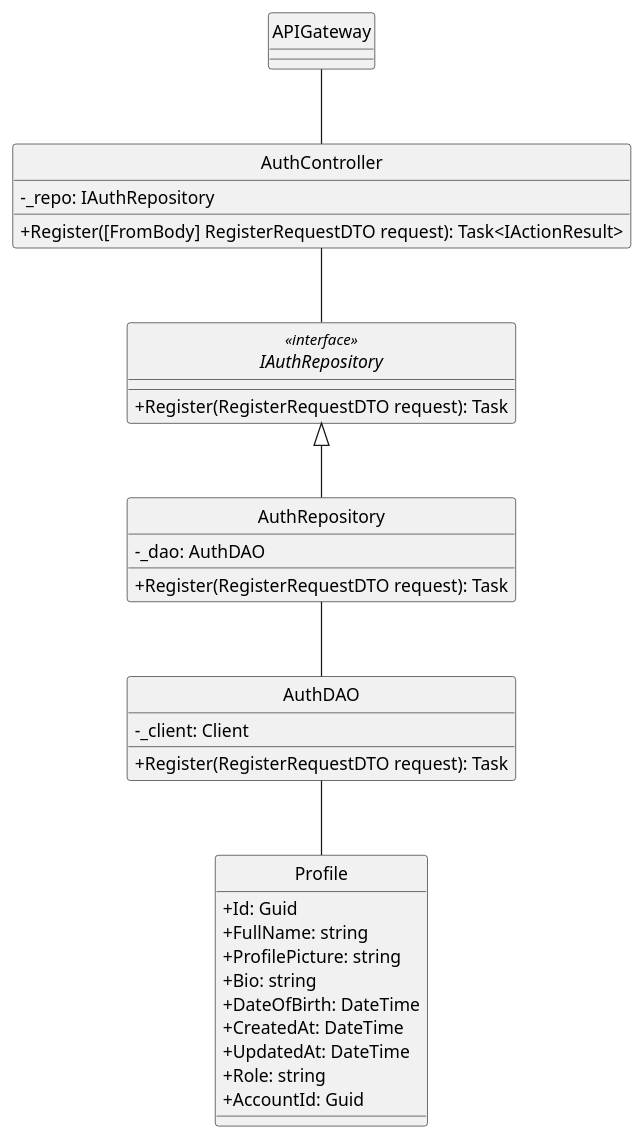
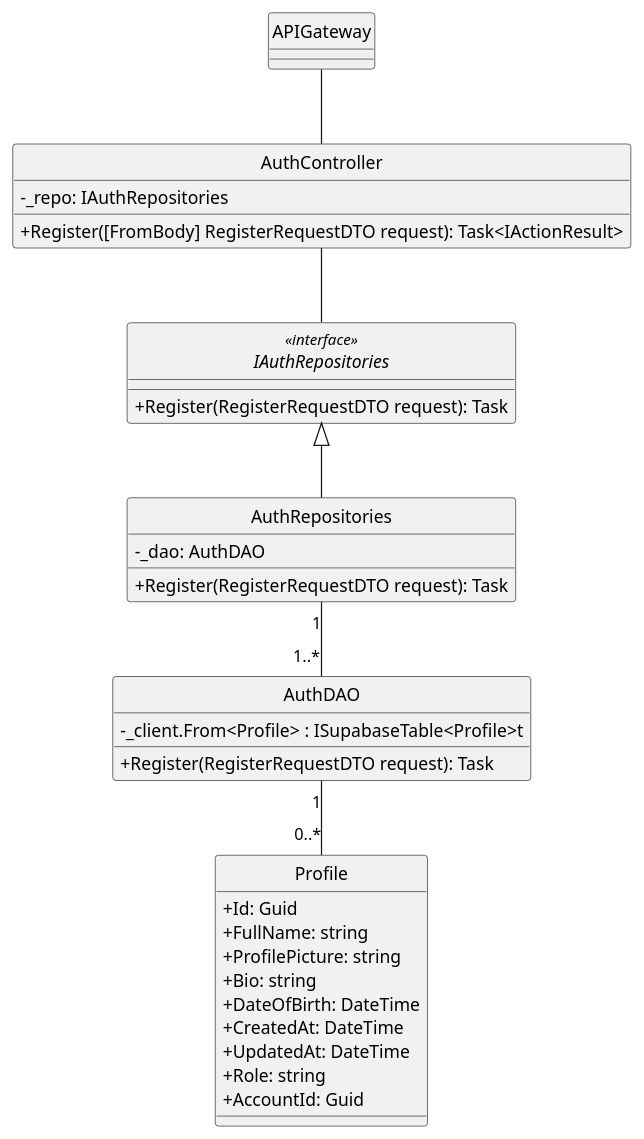
Before and after one commit to minhnhut23/FPT-OBOMS: the diagram in docs/ClassDiagram/Authtentication/Register/Register.plantuml, drawn with PlantUML. The commit also changed 9 other files, not shown here.

Commit message:
edit diagram auth and user

```diff
--- a/docs/ClassDiagram/Authtentication/Register/Register.plantuml
+++ b/docs/ClassDiagram/Authtentication/Register/Register.plantuml
@@ -1,49 +1,49 @@
 @startuml 
 hide circle
 skinparam classAttributeIconSize 0
 skinparam linetype ortho
 
 class APIGateway {
 }
 
 class AuthController {
-    - _repo: IAuthRepository
+    - _repo: IAuthRepositories
     + Register([FromBody] RegisterRequestDTO request): Task<IActionResult> 
 }
 
-interface IAuthRepository<<interface>> {
+interface IAuthRepositories<<interface>> {
     + Register(RegisterRequestDTO request): Task
 }
 
-class AuthRepository {
+class AuthRepositories {
     - _dao: AuthDAO
     + Register(RegisterRequestDTO request): Task
 }
 
 class AuthDAO {
-    - _client: Client
+    - _client.From<Profile> : ISupabaseTable<Profile>t
     + Register(RegisterRequestDTO request): Task
 }
 
 class Profile {
     + Id: Guid
     + FullName: string
     + ProfilePicture: string
     + Bio: string
     + DateOfBirth: DateTime
     + CreatedAt: DateTime
     + UpdatedAt: DateTime
     + Role: string
     + AccountId: Guid
 }
 
 APIGateway -- AuthController
 
-AuthController -- IAuthRepository
+AuthController -- IAuthRepositories
 
-IAuthRepository <|-- AuthRepository
+IAuthRepositories <|-- AuthRepositories
 
-AuthRepository -- AuthDAO
+AuthRepositories "1" -- "1..*" AuthDAO
 
-AuthDAO -- Profile
+AuthDAO  "1" -- "0..*"  Profile
 @enduml
```
